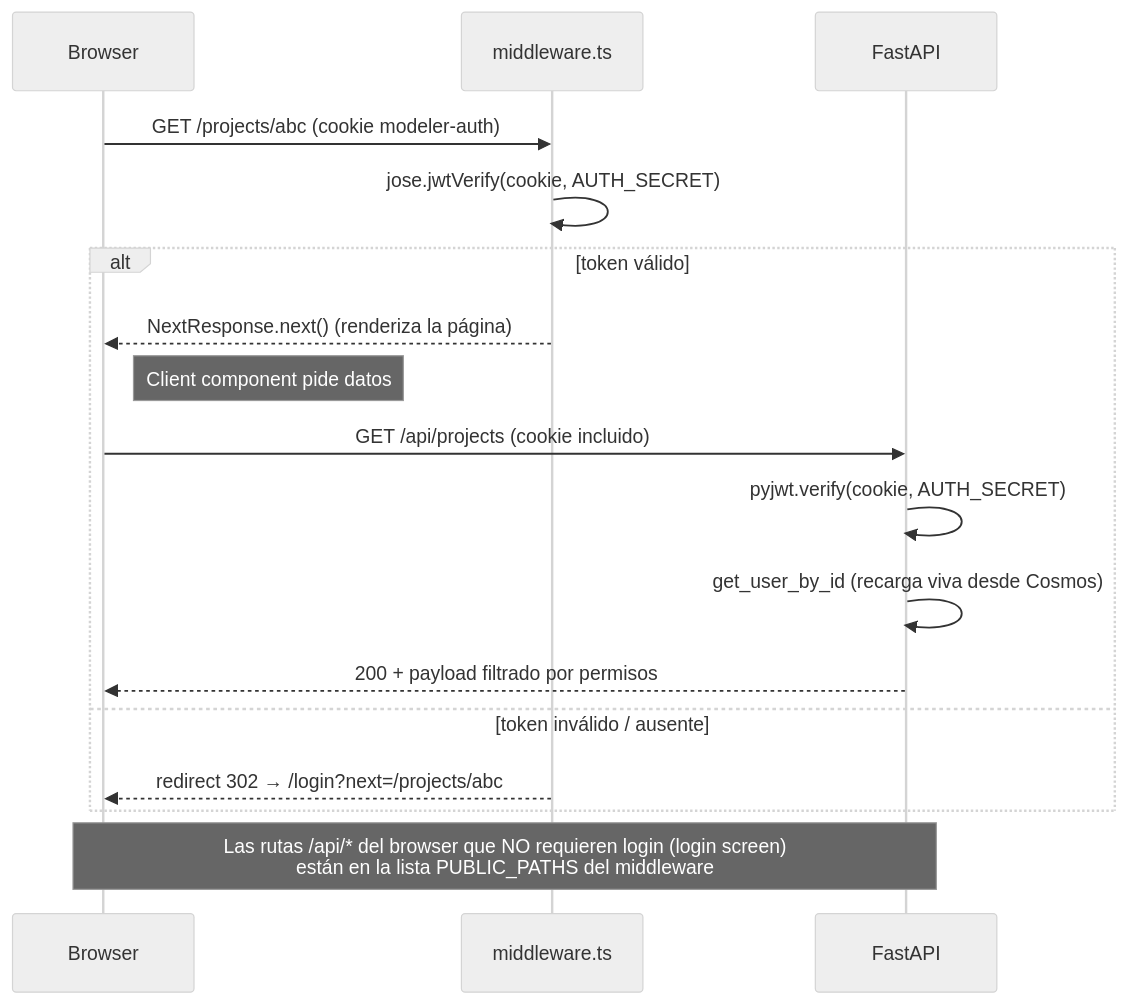
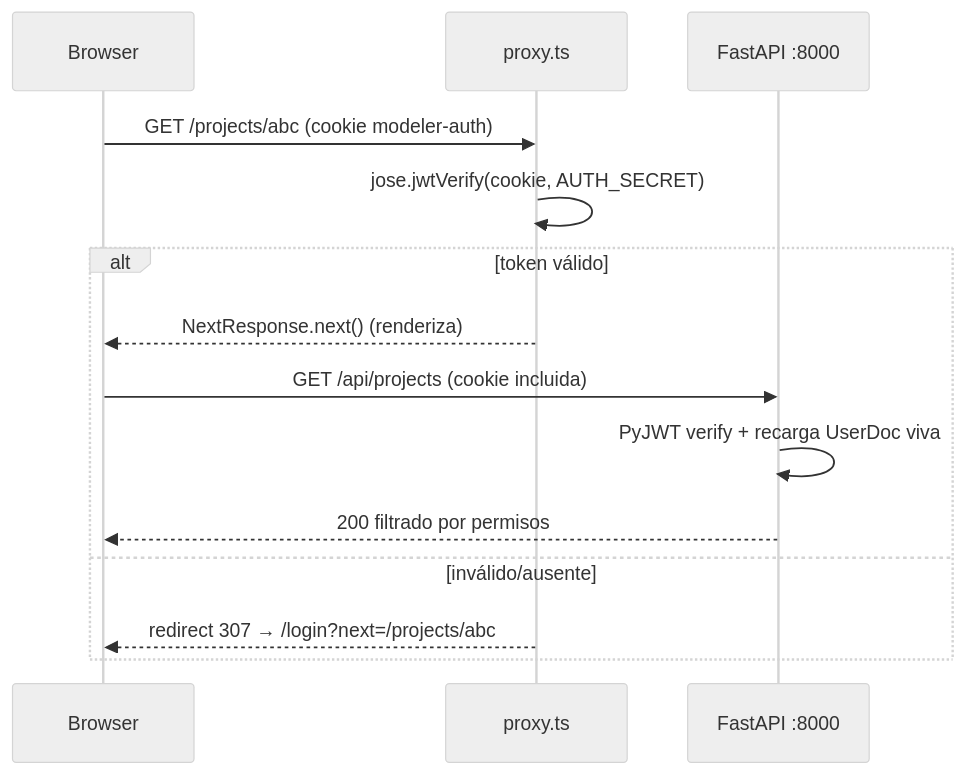
The third of 3 diagrams in doc/architecture.md (Carlosmps97/web-data-model-hub), drawn with Mermaid (neutral theme) before and after one commit. The commit also changed other lines of this file and 118 other files, not shown here.

````diff
--- a/doc/architecture.md
+++ b/doc/architecture.md
@@ -199,21 +167,17 @@
 ```mermaid
 sequenceDiagram
     participant B as Browser
-    participant M as middleware.ts
-    participant FA as FastAPI
+    participant P as proxy.ts
+    participant FA as FastAPI :8000
 
-    B->>M: GET /projects/abc (cookie modeler-auth)
-    M->>M: jose.jwtVerify(cookie, AUTH_SECRET)
+    B->>P: GET /projects/abc (cookie modeler-auth)
+    P->>P: jose.jwtVerify(cookie, AUTH_SECRET)
     alt token válido
-        M-->>B: NextResponse.next() (renderiza la página)
-        Note right of B: Client component pide datos
-        B->>FA: GET /api/projects (cookie incluido)
-        FA->>FA: pyjwt.verify(cookie, AUTH_SECRET)
-        FA->>FA: get_user_by_id (recarga viva desde Cosmos)
-        FA-->>B: 200 + payload filtrado por permisos
-    else token inválido / ausente
-        M-->>B: redirect 302 → /login?next=/projects/abc
+        P-->>B: NextResponse.next() (renderiza)
+        B->>FA: GET /api/projects (cookie incluida)
+        FA->>FA: PyJWT verify + recarga UserDoc viva
+        FA-->>B: 200 filtrado por permisos
+    else inválido/ausente
+        P-->>B: redirect 307 → /login?next=/projects/abc
     end
-
-    Note over B,FA: Las rutas /api/* del browser que NO requieren login (login screen)<br/>están en la lista PUBLIC_PATHS del middleware
 ```
````
